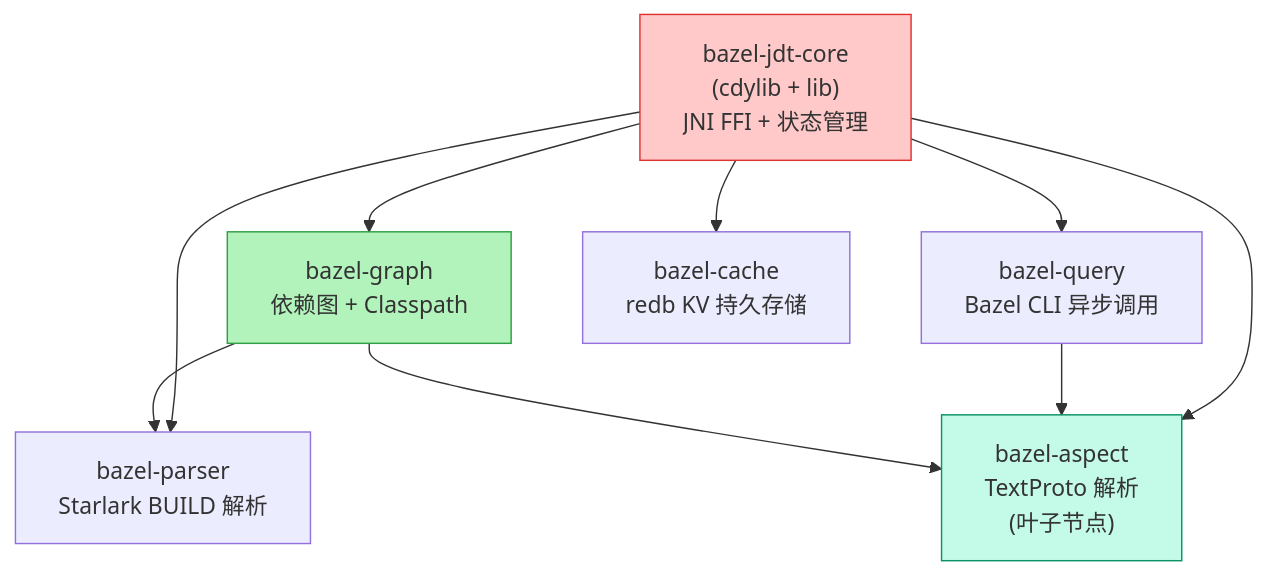
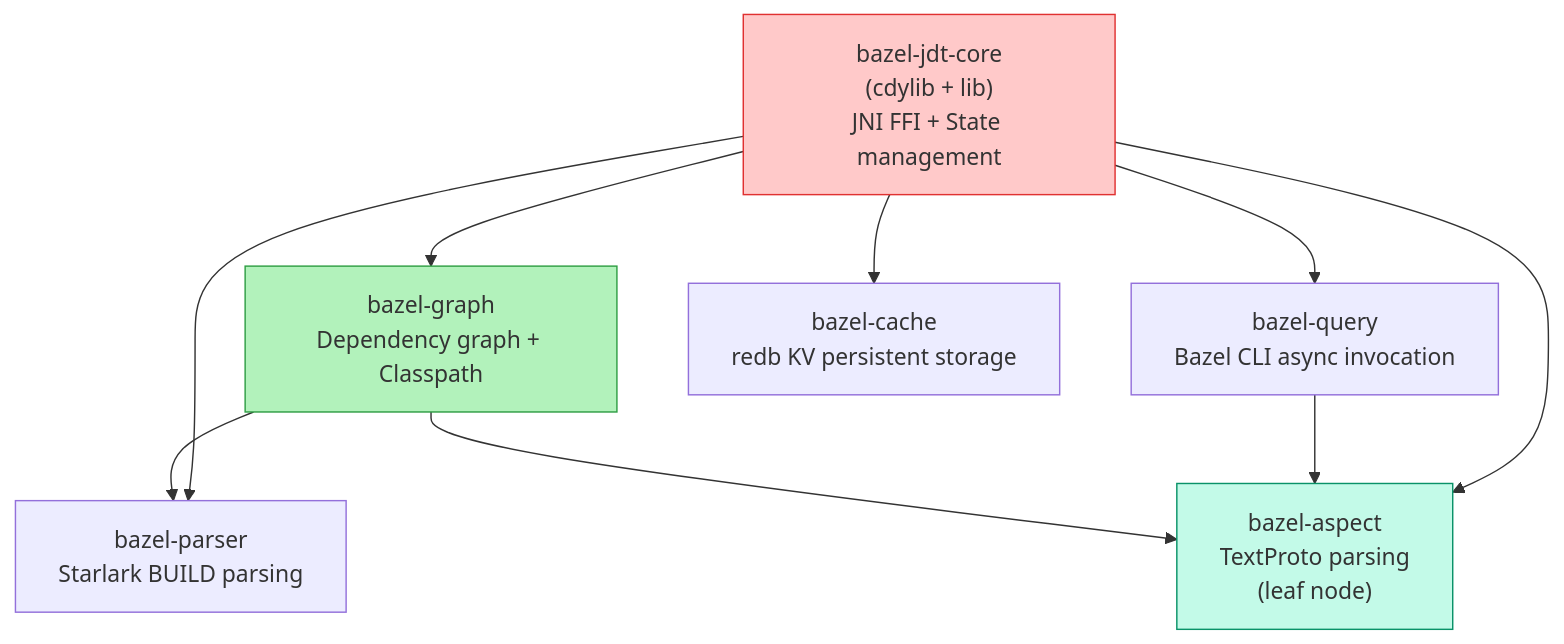
The eighth of 9 diagrams in docs/architecture-analysis.md (runchen0919/bazel-vscode-java-bridge), drawn with Mermaid before and after one commit. The commit also changed other lines of this file and 2 other files, not shown here.

First line of the commit message:
docs: translate technical docs and architecture diagram from Chinese to English

````diff
--- a/docs/architecture-analysis.md
+++ b/docs/architecture-analysis.md
@@ -613,23 +613,23 @@
 ```mermaid
 graph TD
-    CORE["bazel-jdt-core<br/>(cdylib + lib)<br/>JNI FFI + 状态管理"]
-    PARSER["bazel-parser<br/>Starlark BUILD 解析"]
-    ASPECT["bazel-aspect<br/>TextProto 解析<br/>(叶子节点)"]
-    QUERY["bazel-query<br/>Bazel CLI 异步调用"]
-    GRAPH["bazel-graph<br/>依赖图 + Classpath"]
-    CACHE["bazel-cache<br/>redb KV 持久存储"]
+    CORE["bazel-jdt-core<br/>(cdylib + lib)<br/>JNI FFI + State management"]
+    PARSER["bazel-parser<br/>Starlark BUILD parsing"]
+    ASPECT["bazel-aspect<br/>TextProto parsing<br/>(leaf node)"]
+    QUERY["bazel-query<br/>Bazel CLI async invocation"]
+    GRAPH["bazel-graph<br/>Dependency graph + Classpath"]
+    CACHE["bazel-cache<br/>redb KV persistent storage"]
 
     CORE --> PARSER
     CORE --> ASPECT
     CORE --> QUERY
     CORE --> GRAPH
     CORE --> CACHE
 
     QUERY --> ASPECT
     GRAPH --> ASPECT
     GRAPH --> PARSER
 
     style CORE fill:#ffc9c9,stroke:#e03131
     style ASPECT fill:#c3fae8,stroke:#099268
     style GRAPH fill:#b2f2bb,stroke:#2f9e44
 ```
````
